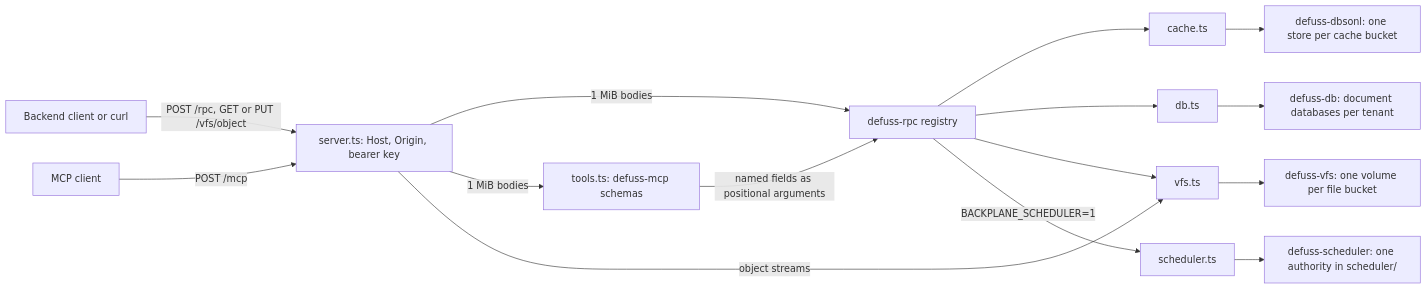
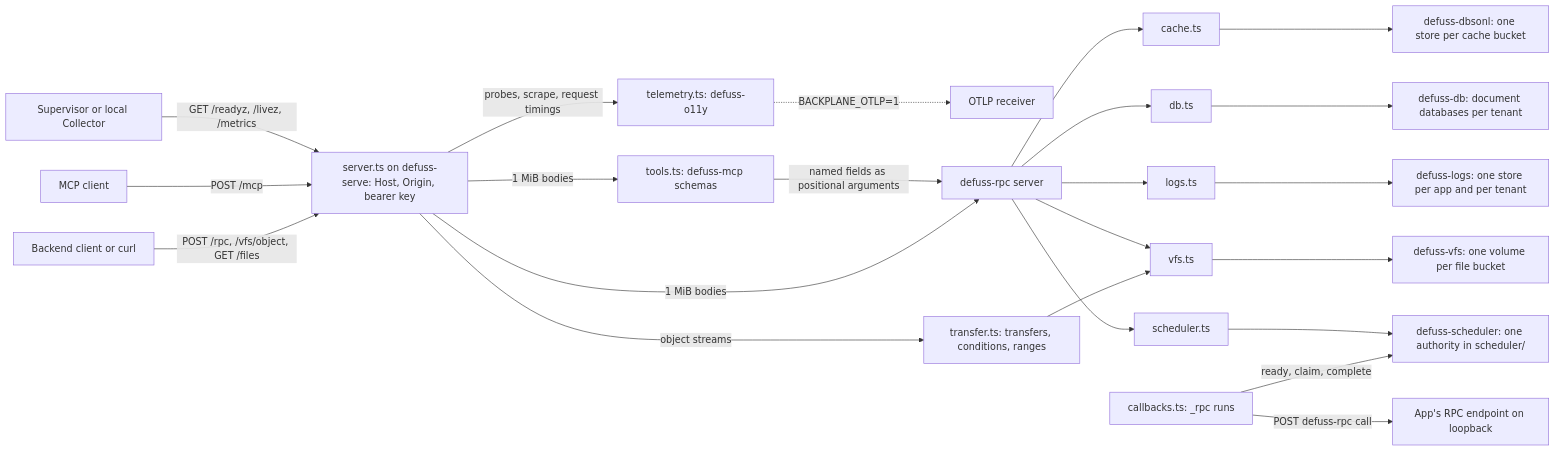
Before and after one commit to kyr0/defuss-backplane: the diagram in ARCH.md, drawn with Mermaid. The commit also changed other lines of this file and 47 other files, not shown here.

First line of the commit message:
Health, metrics, logs, readable names and scheduled RPC callbacks

````diff
--- a/ARCH.md
+++ b/ARCH.md
@@ -16,17 +17,25 @@
 ```mermaid
 flowchart LR
-  backend["Backend client or curl"] -->|"POST /rpc, GET or PUT /vfs/object"| server["server.ts: Host, Origin, bearer key"]
+  backend["Backend client or curl"] -->|"POST /rpc, /vfs/object, GET /files"| server["server.ts on defuss-serve: Host, Origin, bearer key"]
   agent["MCP client"] -->|"POST /mcp"| server
-  server -->|"1 MiB bodies"| rpc["defuss-rpc registry"]
+  supervisor["Supervisor or local Collector"] -->|"GET /readyz, /livez, /metrics"| server
+  server -->|"probes, scrape, request timings"| telemetry["telemetry.ts: defuss-o11y"]
+  telemetry -.->|"BACKPLANE_OTLP=1"| receiver["OTLP receiver"]
+  server -->|"1 MiB bodies"| rpc["defuss-rpc server"]
   server -->|"1 MiB bodies"| mcp["tools.ts: defuss-mcp schemas"]
-  server -->|"object streams"| vfs["vfs.ts"]
+  server -->|"object streams"| transfer["transfer.ts: transfers, conditions, ranges"]
+  transfer --> vfs["vfs.ts"]
   mcp -->|"named fields as positional arguments"| rpc
   rpc --> cache["cache.ts"]
   rpc --> db["db.ts"]
   rpc --> vfs
-  rpc -->|"BACKPLANE_SCHEDULER=1"| sched["scheduler.ts"]
+  rpc --> logs["logs.ts"]
+  logs --> logstore["defuss-logs: one store per app and per tenant"]
+  rpc --> sched["scheduler.ts"]
+  callbacks["callbacks.ts: _rpc runs"] -->|"ready, claim, complete"| authority
+  callbacks -->|"POST defuss-rpc call"| appRpc["App's RPC endpoint on loopback"]
   cache --> dbsonl["defuss-dbsonl: one store per cache bucket"]
   db --> ddb["defuss-db: document databases per tenant"]
   vfs --> volume["defuss-vfs: one volume per file bucket"]
   sched --> authority["defuss-scheduler: one authority in scheduler/"]
 ```
````
